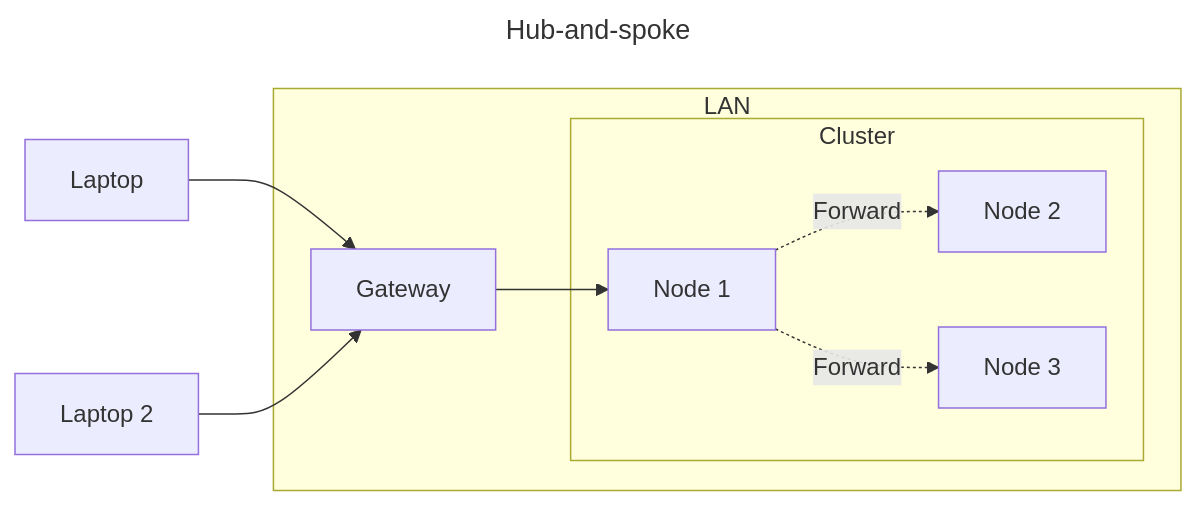
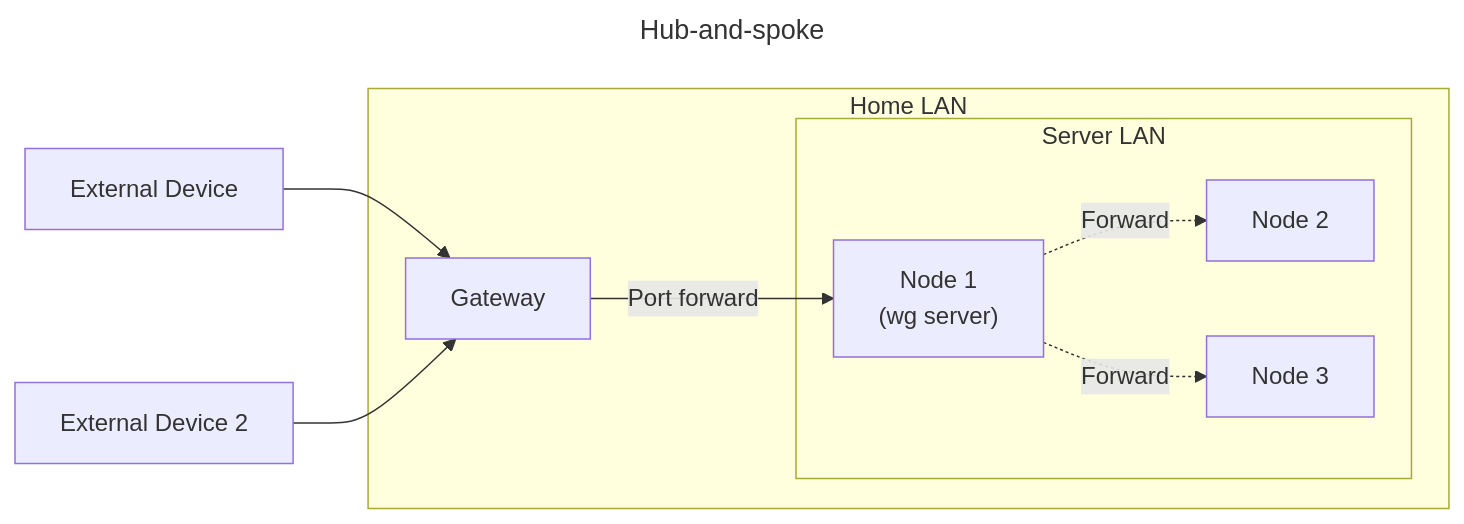
Before and after one commit to j-krl/blog: the second of 5 diagrams in _posts/2026-05-08-hub-and-spoke-architecture.md, drawn with Mermaid. The commit also changed other lines of this file and 3 other files, not shown here.

```diff
--- a/_posts/2026-05-08-hub-and-spoke-architecture.md
+++ b/_posts/2026-05-08-hub-and-spoke-architecture.md
@@ -39,22 +41,23 @@
 <pre class="mermaid" style="text-align: center;">
 ---
 title: Hub-and-spoke
 ---
 flowchart LR
-    Laptop --> Gateway
-    L2[Laptop 2] --> Gateway
-    Gateway --> n1[Node 1]
+    ED[External Device] --> Gateway
+    ED2[External Device 2] --> Gateway
+    Gateway -->|Port forward| n1["Node 1
+    (wg server)"]
     n1 -. Forward .-> n2[Node 2]
     n1 -. Forward .-> n3[Node 3]
-    subgraph LAN
+    subgraph Home LAN
         Gateway
         n1
         n2
         n3
-        subgraph Cluster
+        subgraph Server LAN
             n1
             n2
             n3
         end
     end
 </pre>
```
